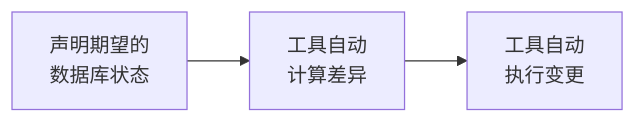
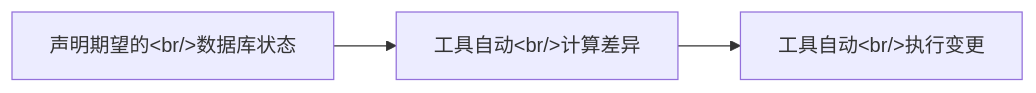
The second of 3 diagrams in docs/guide/what-is-justdb.md (windli2018/justdb-docs-internal), drawn with Mermaid before and after one commit. The commit also changed other lines of this file and 162 other files, not shown here.

````diff
--- a/docs/guide/what-is-justdb.md
+++ b/docs/guide/what-is-justdb.md
@@ -44,5 +44,5 @@
 ```mermaid
 flowchart LR
-    A[声明期望的<br/>数据库状态] --> B[工具自动<br/>计算差异]
-    B --> C[工具自动<br/>执行变更]
+    A[声明期望的&lt;br/&gt;数据库状态] --> B[工具自动&lt;br/&gt;计算差异]
+    B --> C[工具自动&lt;br/&gt;执行变更]
 ```
````
